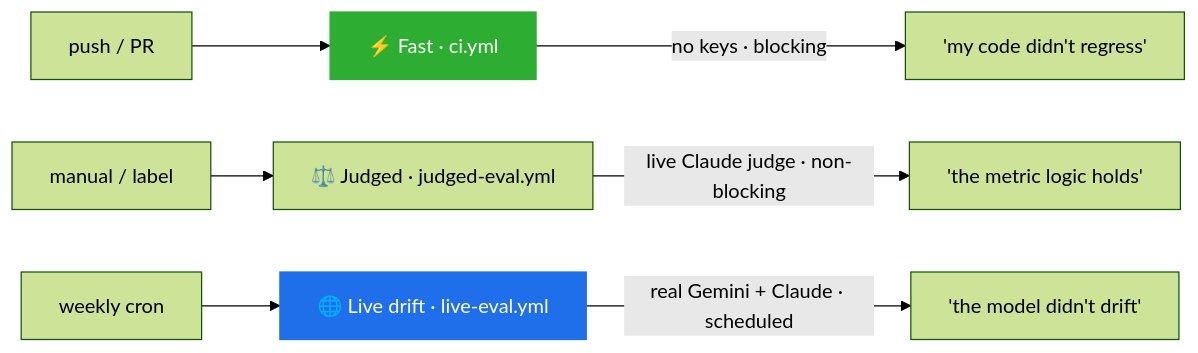
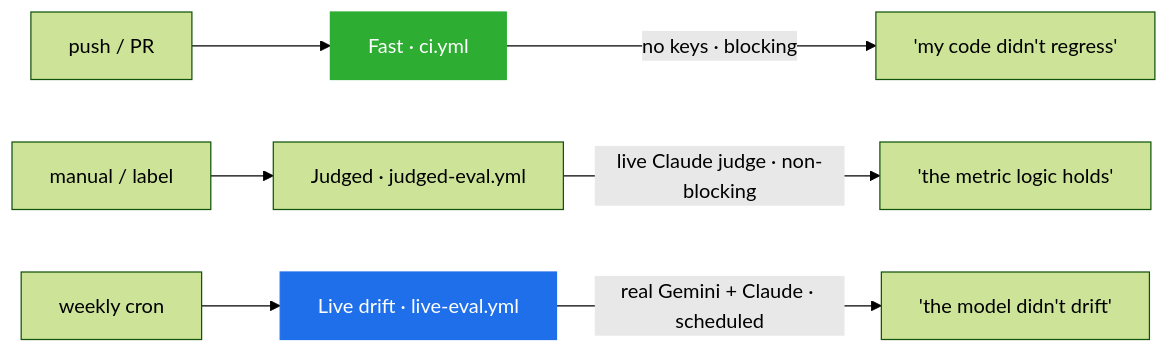
Before and after one commit to MiltonKlun/EvalHarness: the second of 2 diagrams in README.md, drawn with Mermaid (forest theme). The commit also changed other lines of this file and 2 other files, not shown here.

````diff
--- a/README.md
+++ b/README.md
@@ -116,15 +116,15 @@
 ```mermaid
 flowchart LR
-    PUSH["push / PR"] --> FAST["⚡ Fast · ci.yml"]
-    LABEL["manual / label"] --> JUDGED["⚖️ Judged · judged-eval.yml"]
-    CRON["weekly cron"] --> LIVE["🌐 Live drift · live-eval.yml"]
+    PUSH["push / PR"] --> FAST["Fast · ci.yml"]
+    LABEL["manual / label"] --> JUDGED["Judged · judged-eval.yml"]
+    CRON["weekly cron"] --> LIVE["Live drift · live-eval.yml"]
 
     FAST   -->|"no keys · blocking"| PF["'my code didn't regress'"]
     JUDGED -->|"live Claude judge · non-blocking"| PJ["'the metric logic holds'"]
     LIVE   -->|"real Gemini + Claude · scheduled"| PL["'the model didn't drift'"]
 
     classDef fast fill:#2ead33,stroke:#2ead33,color:#fff;
     classDef live fill:#1f6feb,stroke:#1f6feb,color:#fff;
     class FAST fast;
     class LIVE live;
 ```
````
